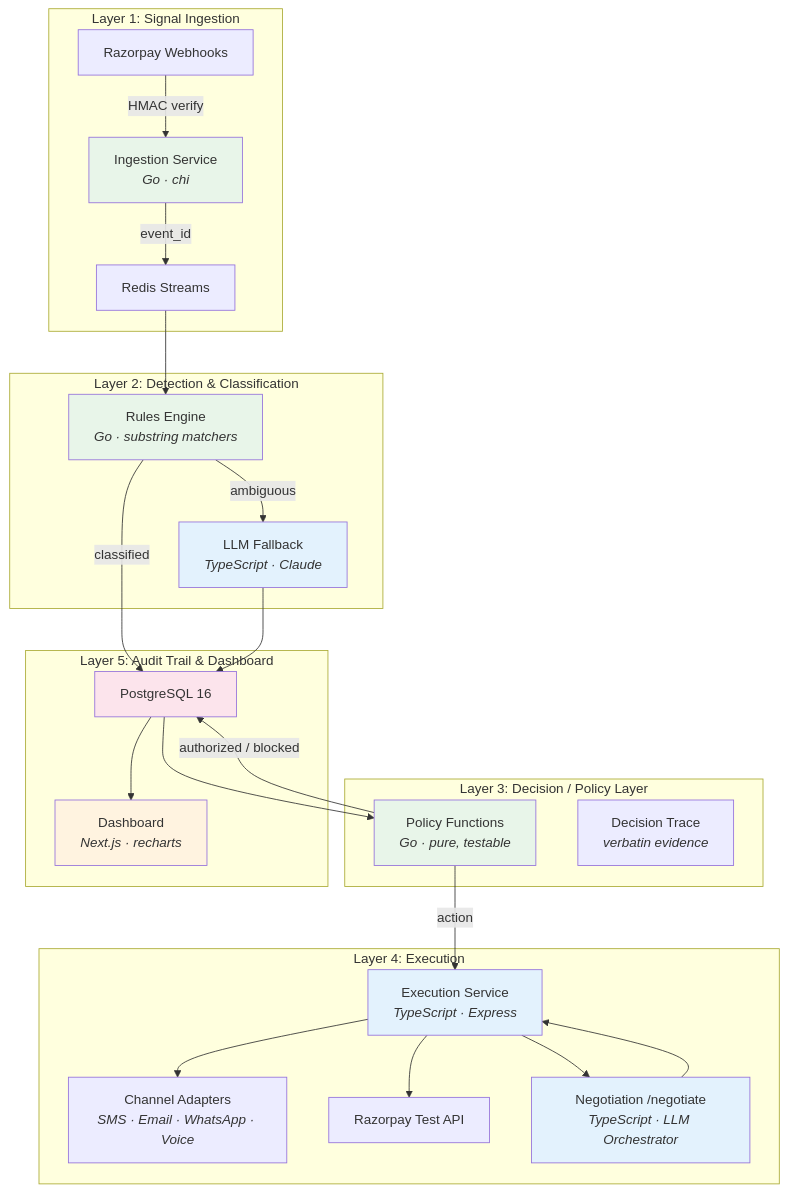
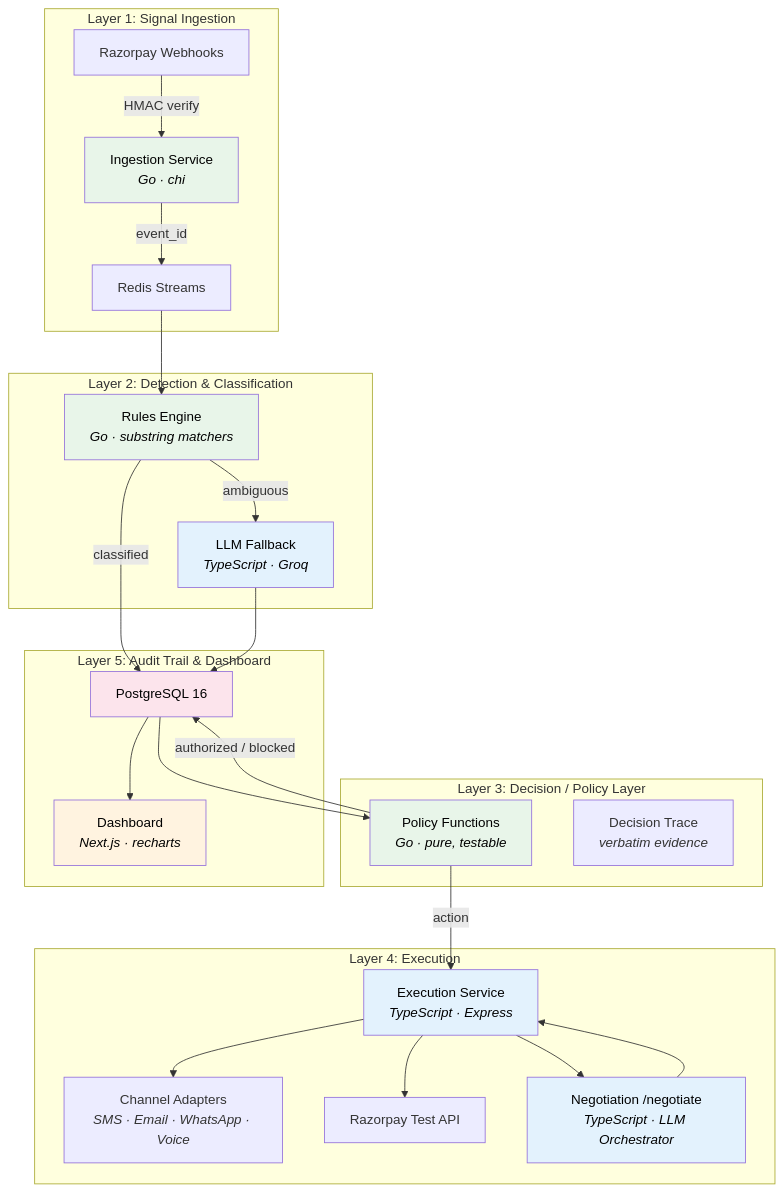
One commit to suhas-developer07/revenue-recovery-engine changed the diagram in docs/architecture.md. Above: the diagram before and after it, drawn with Mermaid. The commit also changed other lines of this file and 2 other files, not shown here.

Commit message:
architecture diagram

````diff
--- a/docs/architecture.md
+++ b/docs/architecture.md
@@ -5,54 +5,54 @@
 ```mermaid
 graph TB
     subgraph "Layer 1: Signal Ingestion"
         WEBHOOK["Razorpay Webhooks"]
         INGEST["Ingestion Service<br/><i>Go · chi</i>"]
         REDIS1["Redis Streams"]
     end
 
     subgraph "Layer 2: Detection & Classification"
         RULES["Rules Engine<br/><i>Go · substring matchers</i>"]
-        LLM_CLS["LLM Fallback<br/><i>TypeScript · Claude</i>"]
+        LLM_CLS["LLM Fallback<br/><i>TypeScript · Groq</i>"]
     end
 
     subgraph "Layer 3: Decision / Policy Layer"
         POLICY["Policy Functions<br/><i>Go · pure, testable</i>"]
-        TRACE["Decision Trace<br/><i>verbatin evidence</i>"]
+        TRACE["Decision Trace<br/><i>verbatim evidence</i>"]
     end
 
     subgraph "Layer 4: Execution"
         EXEC["Execution Service<br/><i>TypeScript · Express</i>"]
         ADAPTERS["Channel Adapters<br/><i>SMS · Email · WhatsApp · Voice</i>"]
         RAZORPAY["Razorpay Test API"]
         NEGOTIATE["Negotiation /negotiate<br/><i>TypeScript · LLM Orchestrator</i>"]
     end
 
     subgraph "Layer 5: Audit Trail & Dashboard"
         POSTGRES["PostgreSQL 16"]
         DASHBOARD["Dashboard<br/><i>Next.js · recharts</i>"]
     end
 
     WEBHOOK -->|HMAC verify| INGEST
     INGEST -->|event_id| REDIS1
     REDIS1 --> RULES
     RULES -->|classified| POSTGRES
     RULES -->|ambiguous| LLM_CLS
     LLM_CLS --> POSTGRES
     POSTGRES --> POLICY
     POLICY -->|authorized / blocked| POSTGRES
     POLICY -->|action| EXEC
     EXEC --> ADAPTERS
     EXEC --> RAZORPAY
     EXEC --> NEGOTIATE
     NEGOTIATE --> EXEC
     POSTGRES --> DASHBOARD
 
-    style INGEST fill:#e8f5e9
-    style RULES fill:#e8f5e9
-    style POLICY fill:#e8f5e9
-    style EXEC fill:#e3f2fd
-    style LLM_CLS fill:#e3f2fd
-    style NEGOTIATE fill:#e3f2fd
-    style DASHBOARD fill:#fff3e0
-    style POSTGRES fill:#fce4ec
+    style INGEST fill:#e8f5e9,color:#000000
+    style RULES fill:#e8f5e9,color:#000000
+    style POLICY fill:#e8f5e9,color:#000000
+    style EXEC fill:#e3f2fd,color:#000000
+    style LLM_CLS fill:#e3f2fd,color:#000000
+    style NEGOTIATE fill:#e3f2fd,color:#000000
+    style DASHBOARD fill:#fff3e0,color:#000000
+    style POSTGRES fill:#fce4ec,color:#000000
 ```
````
